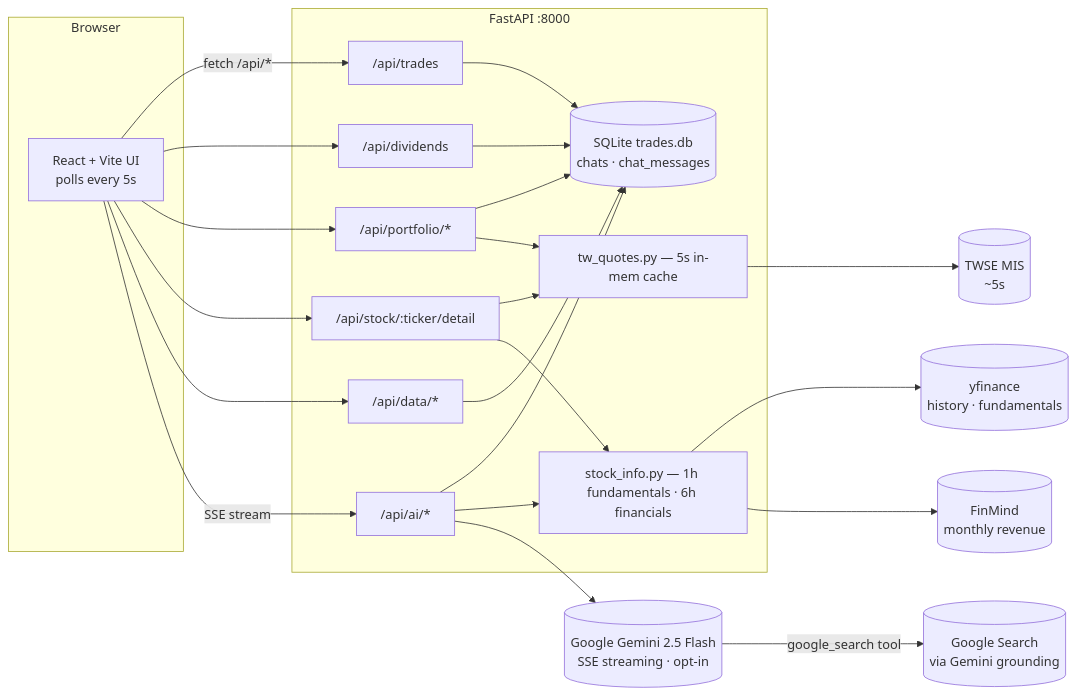
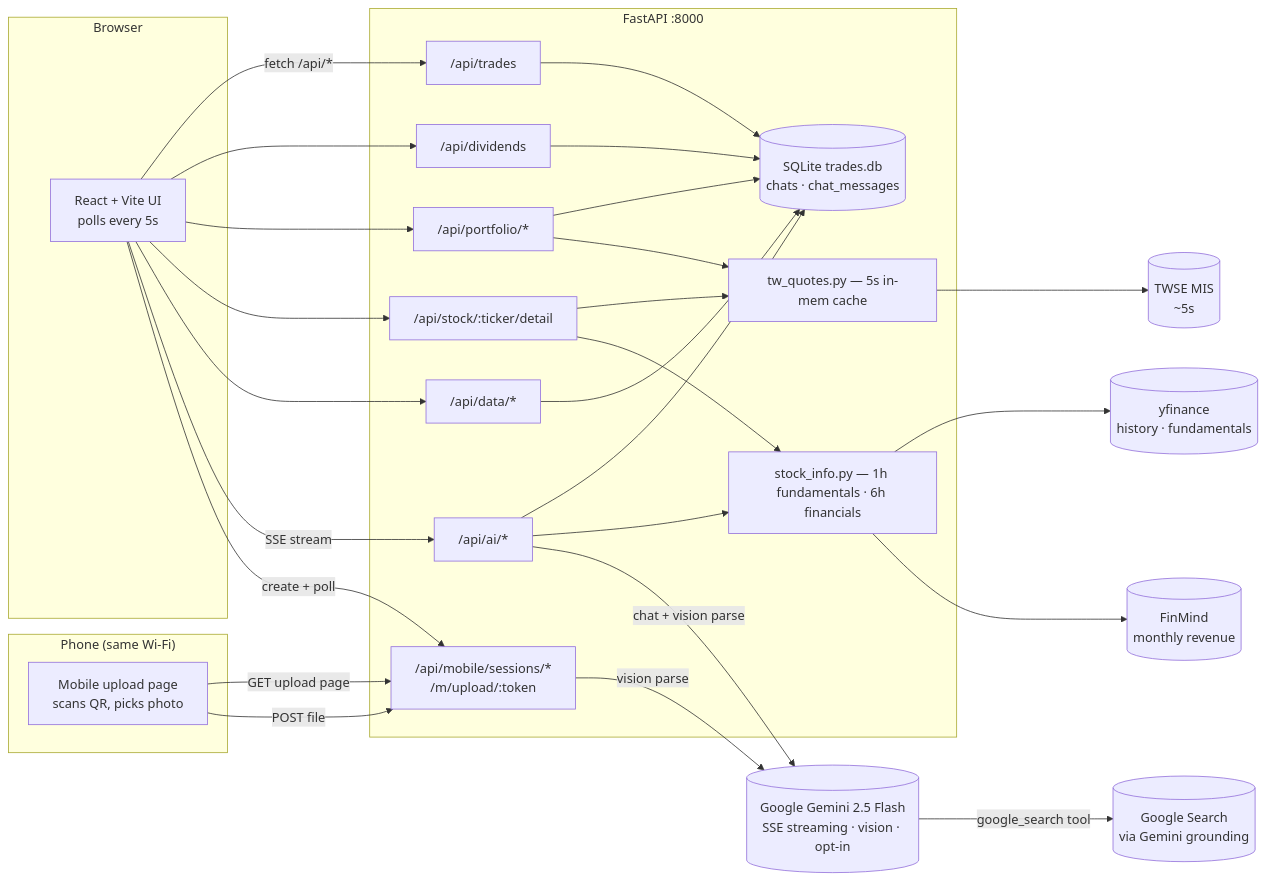
One commit to jimmy19981226/stock-tracker changed the diagram in README.md. Above: the diagram before and after it, drawn with Mermaid. The commit also changed other lines of this file and 14 other files, not shown here.

````diff
--- a/README.md
+++ b/README.md
@@ -151,43 +173,51 @@
 ```mermaid
 flowchart LR
   subgraph Browser
     UI[React + Vite UI<br/>polls every 5s]
+  end
+  subgraph Phone["Phone (same Wi-Fi)"]
+    PhonePage[Mobile upload page<br/>scans QR, picks photo]
   end
   subgraph Backend["FastAPI :8000"]
     Trades["/api/trades"]
     Dividends["/api/dividends"]
     Portfolio["/api/portfolio/*"]
     Stock["/api/stock/:ticker/detail"]
     Data["/api/data/*"]
     AI["/api/ai/*"]
+    Mobile["/api/mobile/sessions/*<br/>/m/upload/:token"]
     Quotes["tw_quotes.py — 5s in-mem cache"]
     SInfo["stock_info.py — 1h fundamentals · 6h financials"]
     DB[("SQLite trades.db<br/>chats · chat_messages")]
   end
   TWSE[("TWSE MIS<br/>~5s")]
   YF[("yfinance<br/>history · fundamentals")]
   FM[("FinMind<br/>monthly revenue")]
-  Gemini[("Google Gemini 2.5 Flash<br/>SSE streaming · opt-in")]
+  Gemini[("Google Gemini 2.5 Flash<br/>SSE streaming · vision · opt-in")]
   GSearch[("Google Search<br/>via Gemini grounding")]
 
   UI -- "fetch /api/*" --> Trades
   UI --> Dividends
   UI --> Portfolio
   UI --> Stock
   UI --> Data
   UI -- "SSE stream" --> AI
+  UI -- "create + poll" --> Mobile
+  PhonePage -- "GET upload page" --> Mobile
+  PhonePage -- "POST file" --> Mobile
   Trades --> DB
   Dividends --> DB
   Data --> DB
   Portfolio --> DB
   Portfolio --> Quotes
   Stock --> Quotes
   Stock --> SInfo
   AI --> DB
   AI --> SInfo
-  AI --> Gemini
+  AI -- "chat + vision parse" --> Gemini
+  Mobile -- "vision parse" --> Gemini
   Gemini -- "google_search tool" --> GSearch
   Quotes --> TWSE
   SInfo --> YF
   SInfo --> FM
 ```
````
